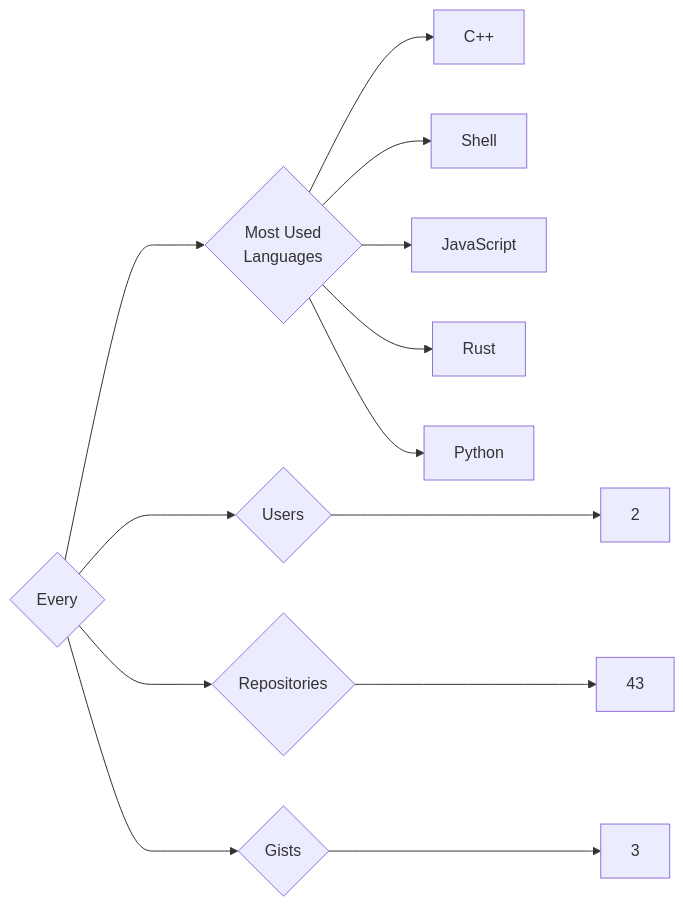
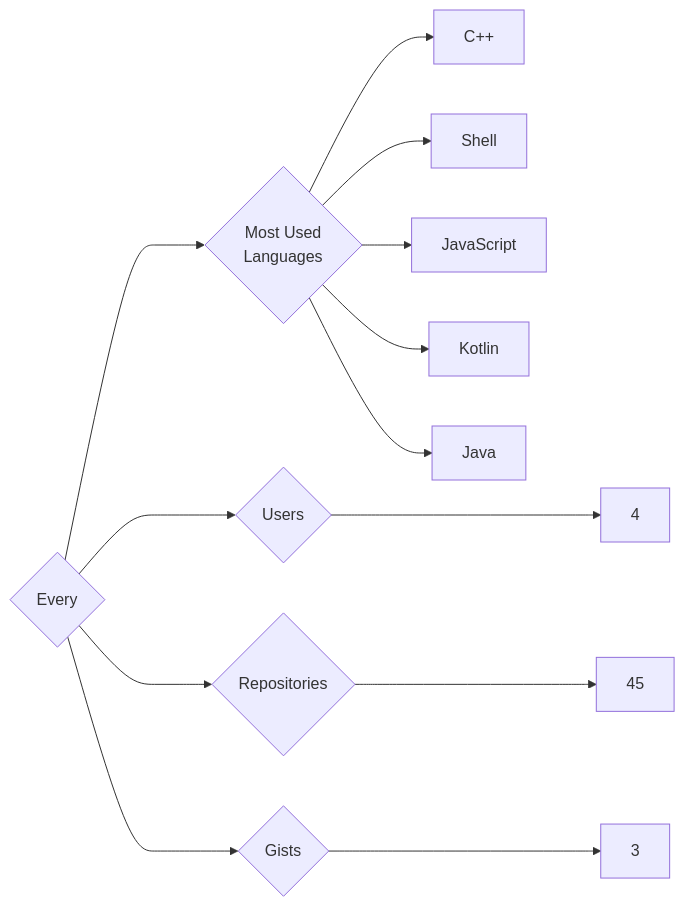
The diagram in targets/Every/README.md (trickest/insiders), drawn with Mermaid before and after one commit. The commit also changed 681 other files, not shown here.

````diff
--- a/targets/Every/README.md
+++ b/targets/Every/README.md
@@ -3,13 +3,13 @@
 ```mermaid
 graph LR
 COMPANY_NAME{Every}
-COMPANY_NAME ---> U{Users} ---> UN[2]
-COMPANY_NAME ---> R{Repositories} ---> RN[43]
+COMPANY_NAME ---> U{Users} ---> UN[4]
+COMPANY_NAME ---> R{Repositories} ---> RN[45]
 COMPANY_NAME ---> G{Gists} ---> GN[3]
 COMPANY_NAME ---> ML{Most Used<br>Languages}
 ML --> C++[C++]
 ML --> Shell[Shell]
 ML --> JavaScript[JavaScript]
-ML --> Rust[Rust]
-ML --> Python[Python]
+ML --> Kotlin[Kotlin]
+ML --> Java[Java]
 ```
````
